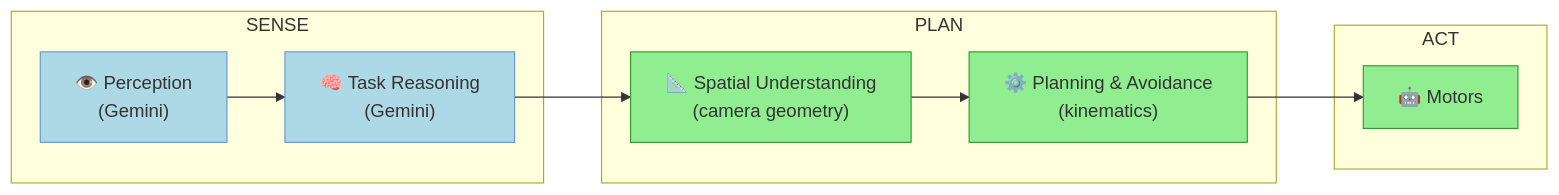
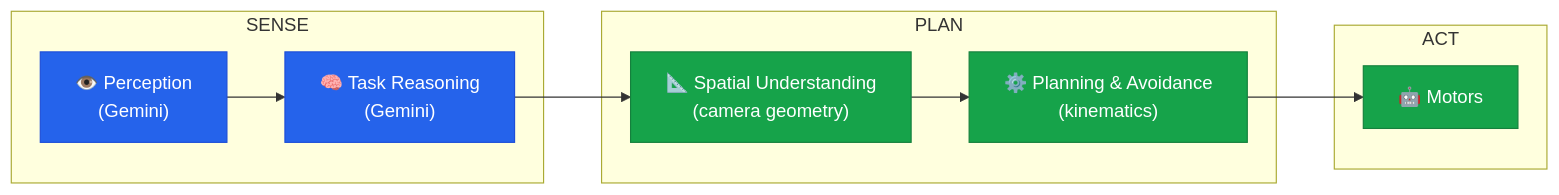
One commit to avikde/vla-pipeline changed the diagram in README.md. Above: the diagram before and after it, drawn with Mermaid.

Commit message:
update readme for github

````diff
--- a/README.md
+++ b/README.md
@@ -7,25 +7,25 @@
 ```mermaid
 flowchart LR
     subgraph SENSE["SENSE"]
         P["👁️ Perception\n(Gemini)"]
         TR["🧠 Task Reasoning\n(Gemini)"]
     end
     subgraph PLAN["PLAN"]
         SU["📐 Spatial Understanding\n(camera geometry)"]
         PA["⚙️ Planning & Avoidance\n(kinematics)"]
     end
     subgraph ACT["ACT"]
         M["🤖 Motors"]
     end
 
     P --> TR
     TR --> SU
     SU --> PA
     PA --> M
 
-    style P fill:#ADD8E6,stroke:#6699CC
-    style TR fill:#ADD8E6,stroke:#6699CC
-    style SU fill:#90EE90,stroke:#339933
-    style PA fill:#90EE90,stroke:#339933
-    style M fill:#90EE90,stroke:#339933
+    style P fill:#2563eb,stroke:#1d4ed8,color:#fff
+    style TR fill:#2563eb,stroke:#1d4ed8,color:#fff
+    style SU fill:#16a34a,stroke:#15803d,color:#fff
+    style PA fill:#16a34a,stroke:#15803d,color:#fff
+    style M fill:#16a34a,stroke:#15803d,color:#fff
 ```
````
